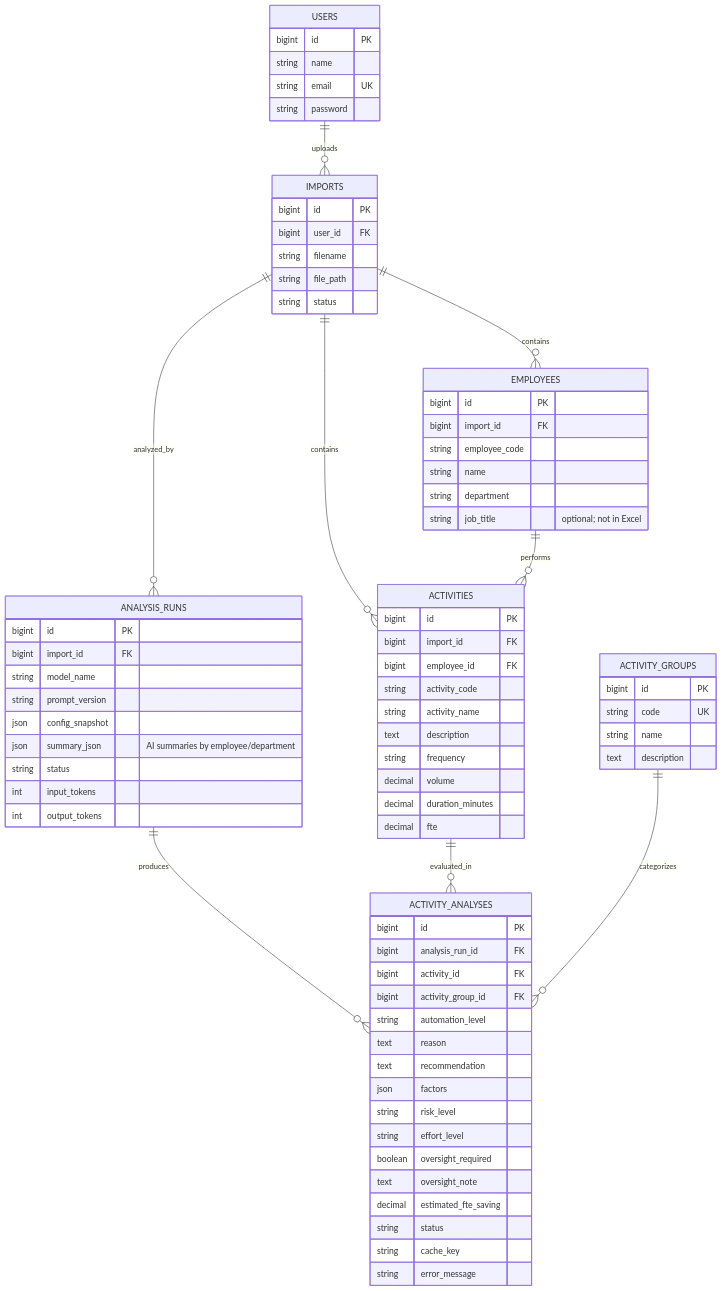
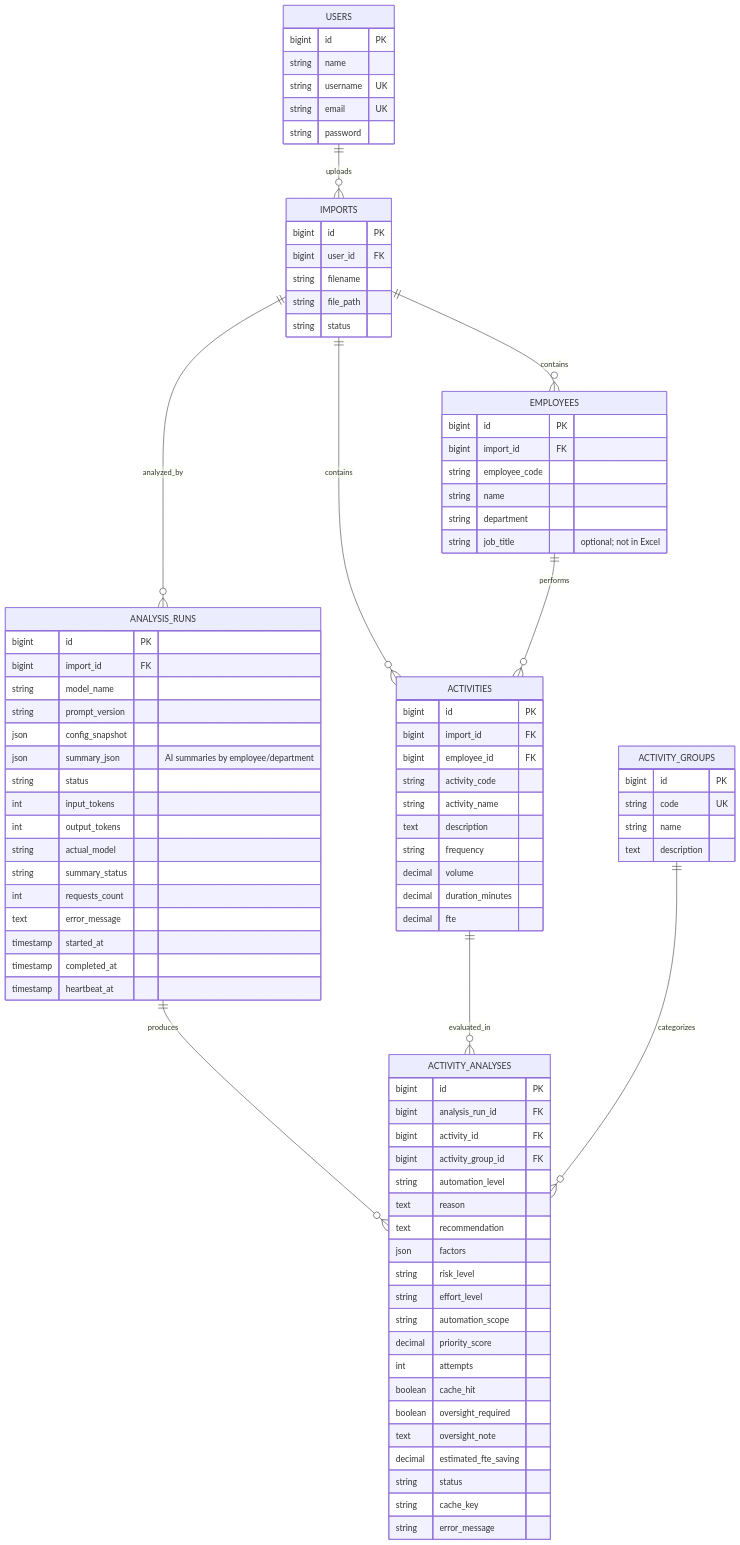
One commit to ch-fitra/FTEMation changed the diagram in docs/ERD_v1.mmd. Above: the diagram before and after it, drawn with Mermaid. The commit also changed 57 other files, not shown here.

```diff
--- a/docs/ERD_v1.mmd
+++ b/docs/ERD_v1.mmd
@@ -1,78 +1,90 @@
 erDiagram
     USERS ||--o{ IMPORTS : uploads
     IMPORTS ||--o{ EMPLOYEES : contains
     IMPORTS ||--o{ ACTIVITIES : contains
     EMPLOYEES ||--o{ ACTIVITIES : performs
     IMPORTS ||--o{ ANALYSIS_RUNS : analyzed_by
     ANALYSIS_RUNS ||--o{ ACTIVITY_ANALYSES : produces
     ACTIVITIES ||--o{ ACTIVITY_ANALYSES : evaluated_in
     ACTIVITY_GROUPS ||--o{ ACTIVITY_ANALYSES : categorizes
 
     USERS {
         bigint id PK
         string name
+        string username UK
         string email UK
         string password
     }
     IMPORTS {
         bigint id PK
         bigint user_id FK
         string filename
         string file_path
         string status
     }
     EMPLOYEES {
         bigint id PK
         bigint import_id FK
         string employee_code
         string name
         string department
         string job_title "optional; not in Excel"
     }
     ACTIVITIES {
         bigint id PK
         bigint import_id FK
         bigint employee_id FK
         string activity_code
         string activity_name
         text description
         string frequency
         decimal volume
         decimal duration_minutes
         decimal fte
     }
     ANALYSIS_RUNS {
         bigint id PK
         bigint import_id FK
         string model_name
         string prompt_version
         json config_snapshot
         json summary_json "AI summaries by employee/department"
         string status
         int input_tokens
         int output_tokens
+        string actual_model
+        string summary_status
+        int requests_count
+        text error_message
+        timestamp started_at
+        timestamp completed_at
+        timestamp heartbeat_at
     }
     ACTIVITY_GROUPS {
         bigint id PK
         string code UK
         string name
         text description
     }
     ACTIVITY_ANALYSES {
         bigint id PK
         bigint analysis_run_id FK
         bigint activity_id FK
         bigint activity_group_id FK
         string automation_level
         text reason
         text recommendation
         json factors
         string risk_level
         string effort_level
+        string automation_scope
+        decimal priority_score
+        int attempts
+        boolean cache_hit
         boolean oversight_required
         text oversight_note
         decimal estimated_fte_saving
         string status
         string cache_key
         string error_message
     }
```
